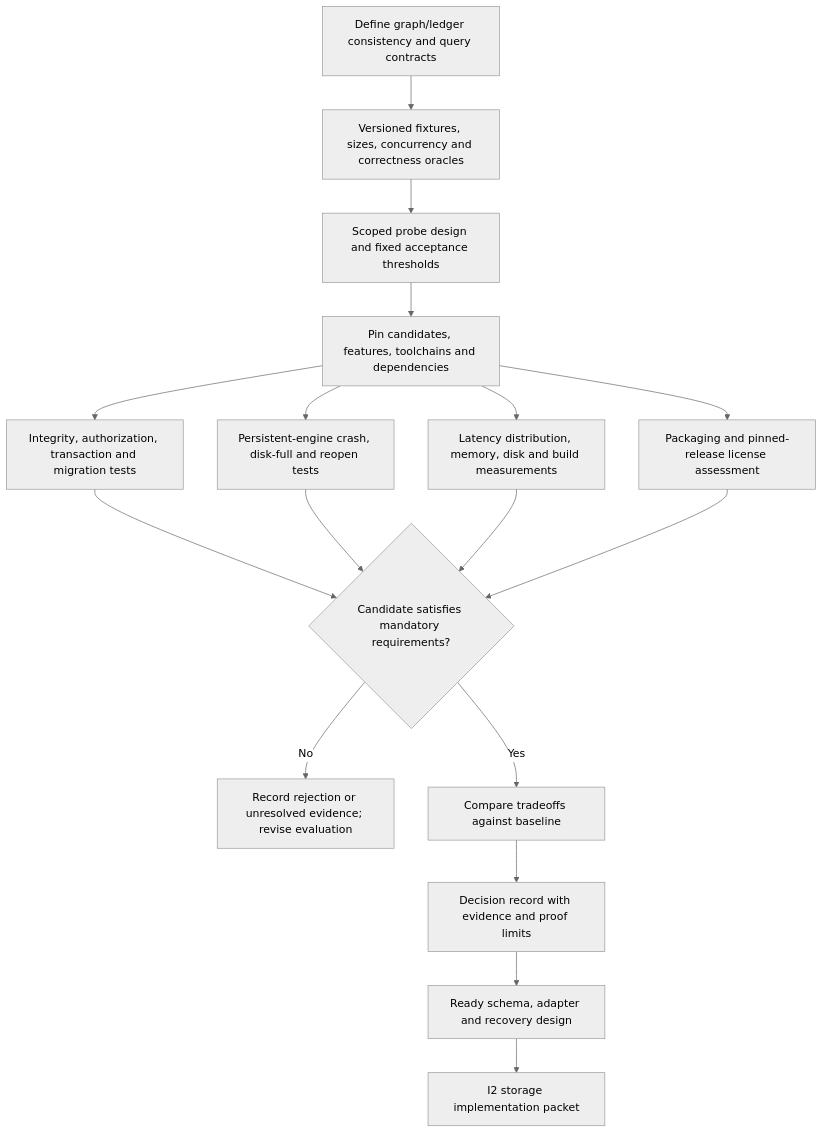
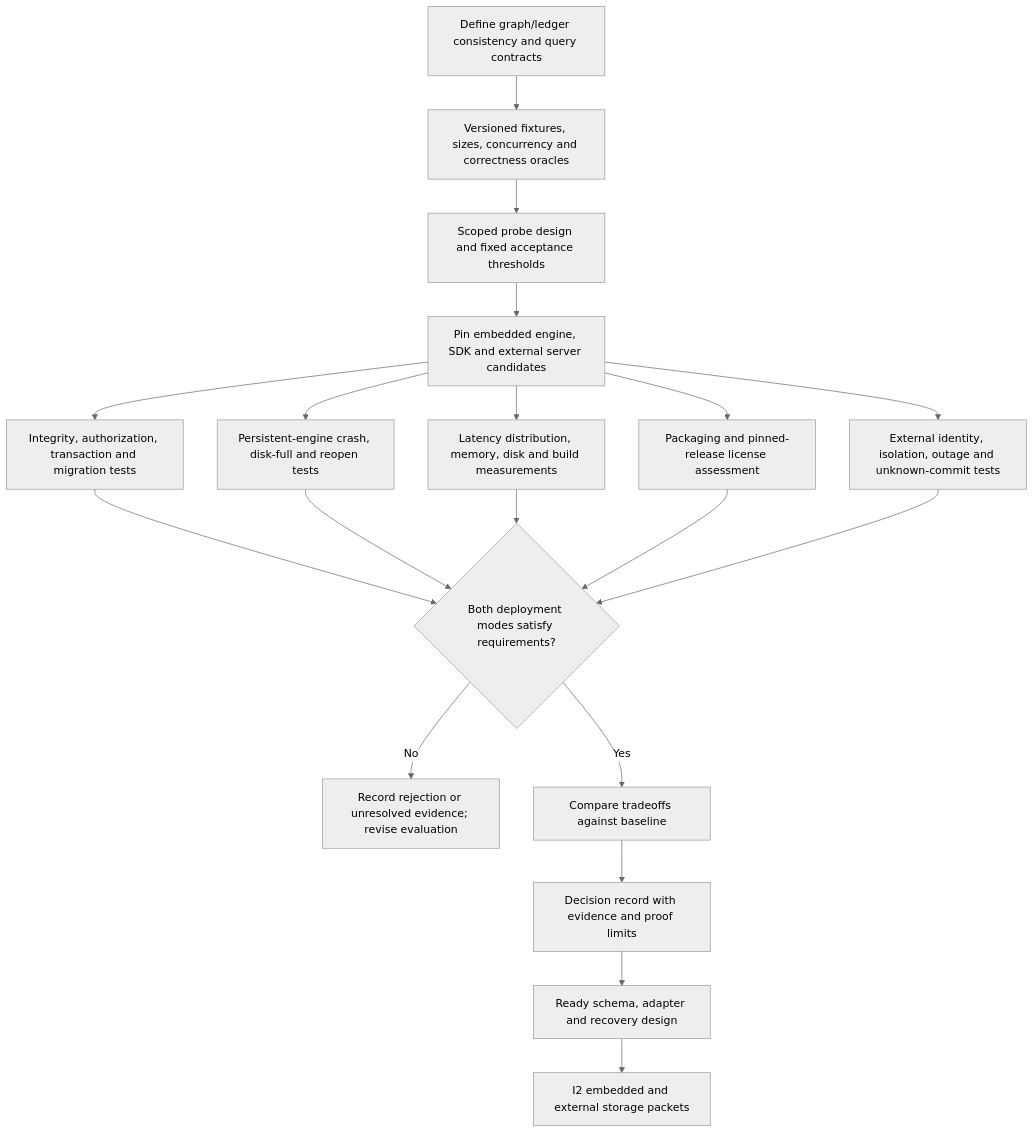
The fifth of 5 diagrams in docs/designs/context-storage-candidates.md (pidster/asura), drawn with Mermaid (neutral theme) before and after one commit. The commit also changed other lines of this file and 10 other files, not shown here.

Commit message:
Define storage modes and resolve architecture review findings

````diff
--- a/docs/designs/context-storage-candidates.md
+++ b/docs/designs/context-storage-candidates.md
@@ -107,19 +371,21 @@
 ```mermaid
 flowchart TD
     Semantics["Define graph/ledger consistency and query contracts"] --> Workload["Versioned fixtures, sizes, concurrency and correctness oracles"]
     Workload --> Design["Scoped probe design and fixed acceptance thresholds"]
-    Design --> Candidates["Pin candidates, features, toolchains and dependencies"]
+    Design --> Candidates["Pin embedded engine, SDK and external server candidates"]
     Candidates --> Correct["Integrity, authorization, transaction and migration tests"]
     Candidates --> Recovery["Persistent-engine crash, disk-full and reopen tests"]
     Candidates --> Cost["Latency distribution, memory, disk and build measurements"]
     Candidates --> Distribution["Packaging and pinned-release license assessment"]
-    Correct --> Gate{"Candidate satisfies mandatory requirements?"}
+    Candidates --> Network["External identity, isolation, outage and unknown-commit tests"]
+    Correct --> Gate{"Both deployment modes satisfy requirements?"}
     Recovery --> Gate
     Cost --> Gate
     Distribution --> Gate
+    Network --> Gate
     Gate -->|No| Reject["Record rejection or unresolved evidence; revise evaluation"]
     Gate -->|Yes| Compare["Compare tradeoffs against baseline"]
     Compare --> ADR["Decision record with evidence and proof limits"]
     ADR --> Spec["Ready schema, adapter and recovery design"]
-    Spec --> Packet["I2 storage implementation packet"]
+    Spec --> Packet["I2 embedded and external storage packets"]
 ```
````
